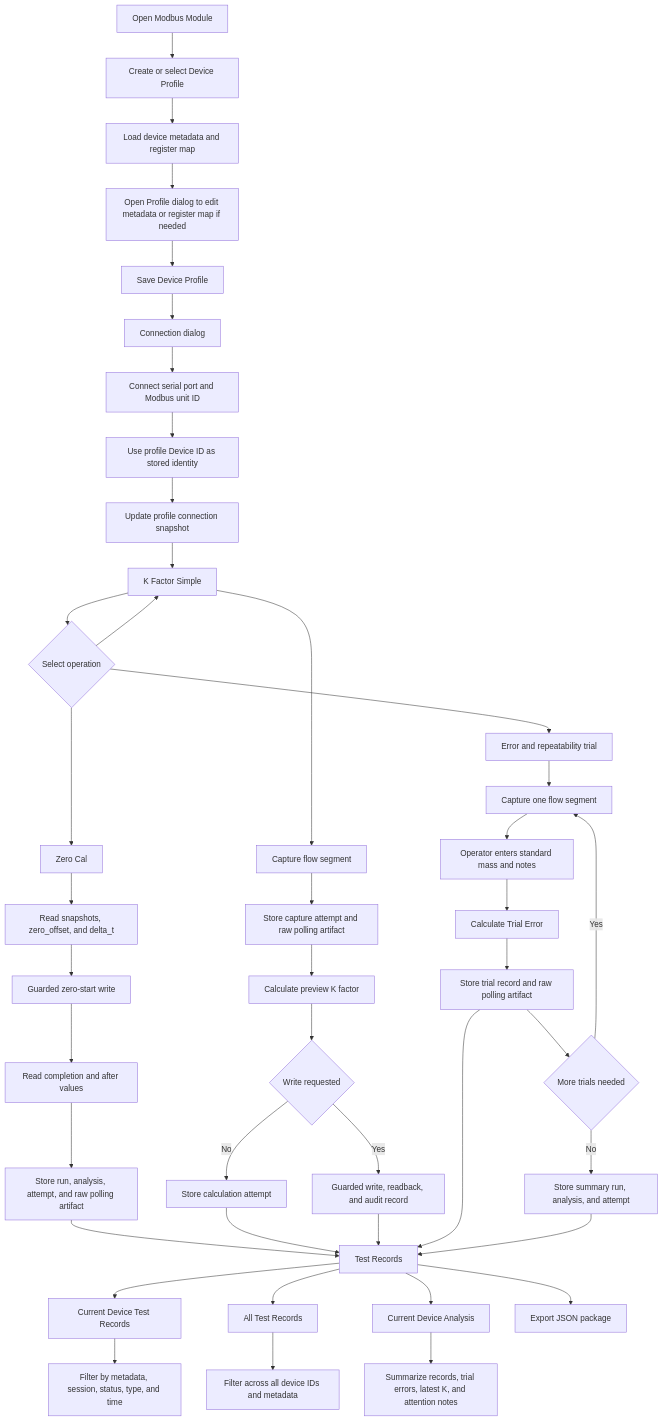
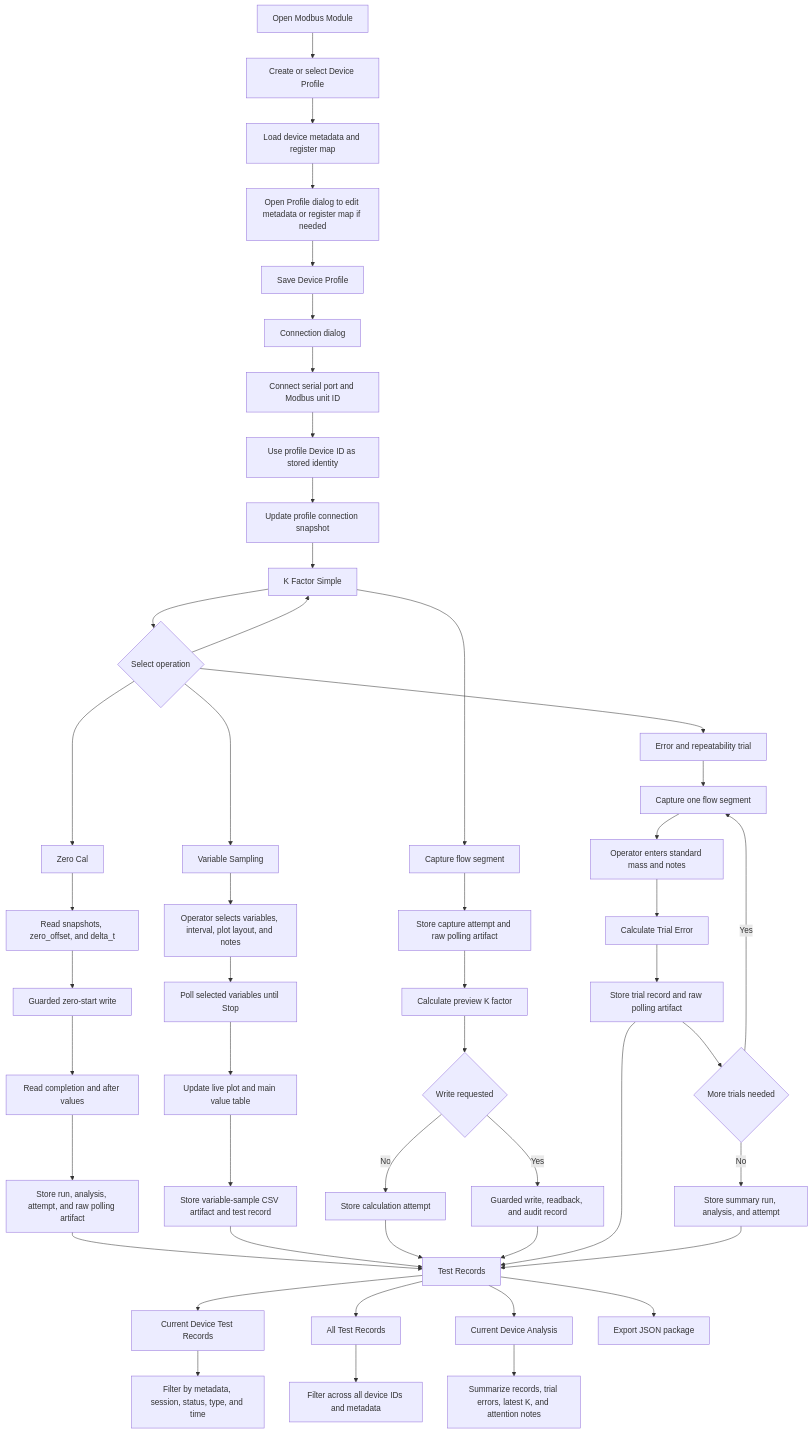
One commit to Z-abitrament/CoreFlow-Studio changed the diagram in docs/MODBUS_OPERATIONS.md. Above: the diagram before and after it, drawn with Mermaid. The commit also changed other lines of this file and 8 other files, not shown here.

First line of the commit message:
docs(modbus): document sampling and update flows

````diff
--- a/docs/MODBUS_OPERATIONS.md
+++ b/docs/MODBUS_OPERATIONS.md
@@ -110,49 +110,56 @@
 ```mermaid
 flowchart TD
     A[Open Modbus Module] --> B[Create or select Device Profile]
     B --> C[Load device metadata and register map]
     C --> D[Open Profile dialog to edit metadata or register map if needed]
     D --> E[Save Device Profile]
     E --> F[Connection dialog]
     F --> H[Connect serial port and Modbus unit ID]
     H --> I[Use profile Device ID as stored identity]
     I --> J[Update profile connection snapshot]
     J --> K[Start Test Session]
     K --> G{Select operation}
 
     G --> Z[Zero Cal]
     Z --> Z1[Read snapshots, zero_offset, and delta_t]
     Z1 --> Z2[Guarded zero-start write]
     Z2 --> Z3[Read completion and after values]
     Z3 --> Z4[Store run, analysis, attempt, and raw polling artifact]
 
     G --> K[K Factor Simple]
     K --> K1[Capture flow segment]
     K1 --> K2[Store capture attempt and raw polling artifact]
     K2 --> K3[Calculate preview K factor]
     K3 --> K4{Write requested}
     K4 -->|No| K5[Store calculation attempt]
     K4 -->|Yes| K6[Guarded write, readback, and audit record]
 
+    G --> VS[Variable Sampling]
+    VS --> VS1[Operator selects variables, interval, plot layout, and notes]
+    VS1 --> VS2[Poll selected variables until Stop]
+    VS2 --> VS3[Update live plot and main value table]
+    VS3 --> VS4[Store variable-sample CSV artifact and test record]
+
     G --> R[Error and repeatability trial]
     R --> R1[Capture one flow segment]
     R1 --> R2[Operator enters standard mass and notes]
     R2 --> R2A[Calculate Trial Error]
     R2A --> R3[Store trial record and raw polling artifact]
     R3 --> R4{More trials needed}
     R4 -->|Yes| R1
     R4 -->|No| R5[Store summary run, analysis, and attempt]
 
     Z4 --> T[Test Records]
+    VS4 --> T
     K5 --> T
     K6 --> T
     R3 --> T
     R5 --> T
     T --> CDR[Current Device Test Records]
     T --> ATR[All Test Records]
     T --> DA[Current Device Analysis]
     CDR --> Q[Filter by metadata, session, status, type, and time]
     ATR --> Q2[Filter across all device IDs and metadata]
     DA --> Q3[Summarize records, trial errors, latest K, and attention notes]
     T --> X[Export JSON package]
 ```
````
